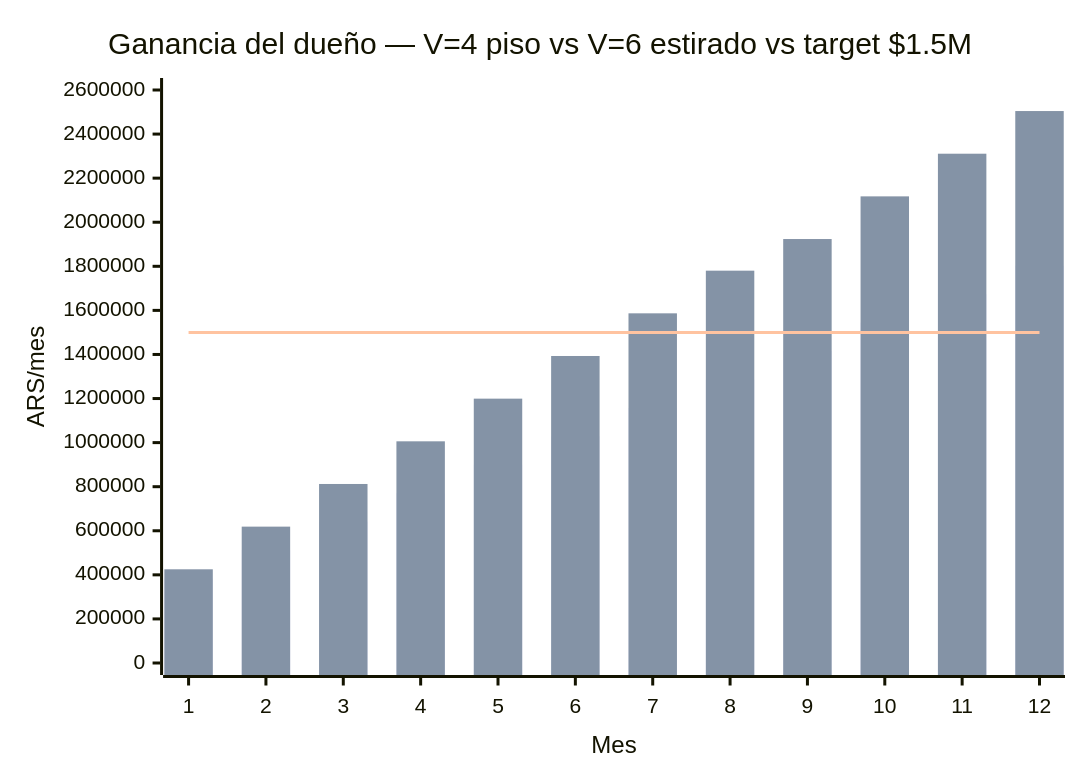
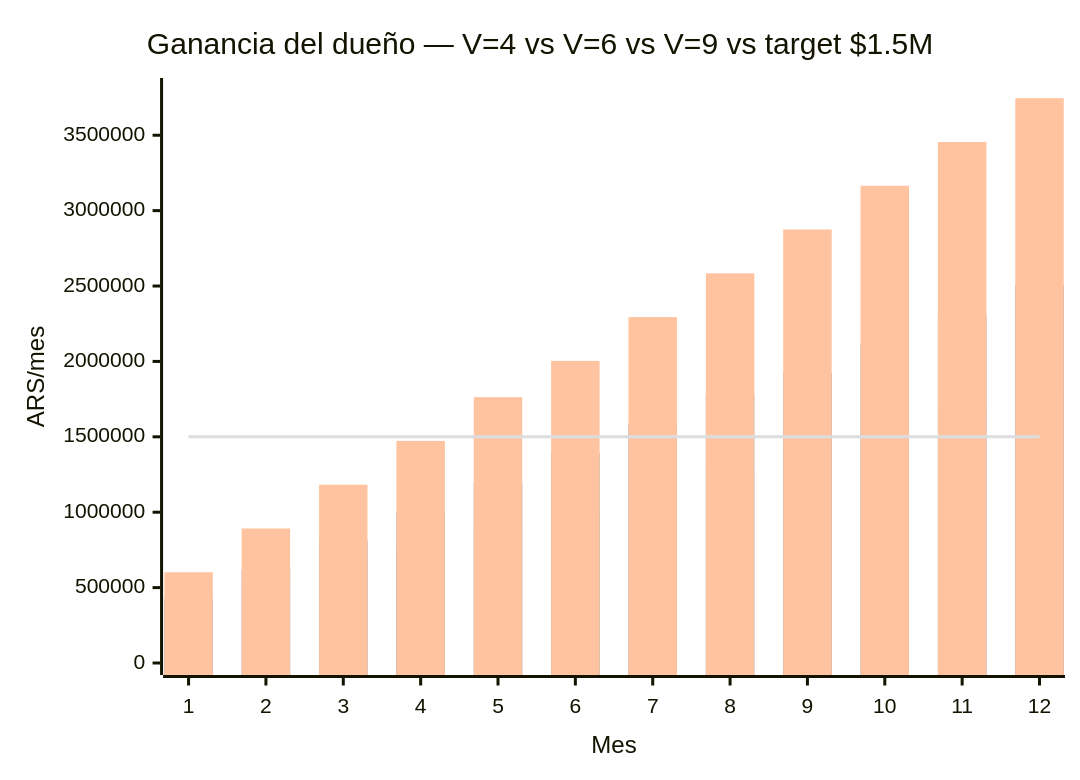
The first of 3 diagrams in vinotecas/lsp-vendedor.md (dantofema/comercial), drawn with Mermaid before and after one commit. The commit also changed other lines of this file, not shown here.

````diff
--- a/vinotecas/lsp-vendedor.md
+++ b/vinotecas/lsp-vendedor.md
@@ -181,9 +183,10 @@
 ```mermaid
 xychart-beta
-    title "Ganancia del dueño — V=4 piso vs V=6 estirado vs target $1.5M"
+    title "Ganancia del dueño — V=4 vs V=6 vs V=9 vs target $1.5M"
     x-axis "Mes" [1,2,3,4,5,6,7,8,9,10,11,12]
-    y-axis "ARS/mes" 0 --> 2600000
+    y-axis "ARS/mes" 0 --> 3800000
     bar [383450,512500,641550,770600,899650,1028700,1157750,1286800,1415850,1544900,1673950,1803000]
     bar [425175,618750,812325,1005900,1199475,1393050,1586625,1780200,1923775,2117350,2310925,2504500]
+    bar [601763,892125,1182488,1472850,1763213,2003575,2293938,2584300,2874663,3165025,3455388,3745750]
     line [1500000,1500000,1500000,1500000,1500000,1500000,1500000,1500000,1500000,1500000,1500000,1500000]
 ```
````
